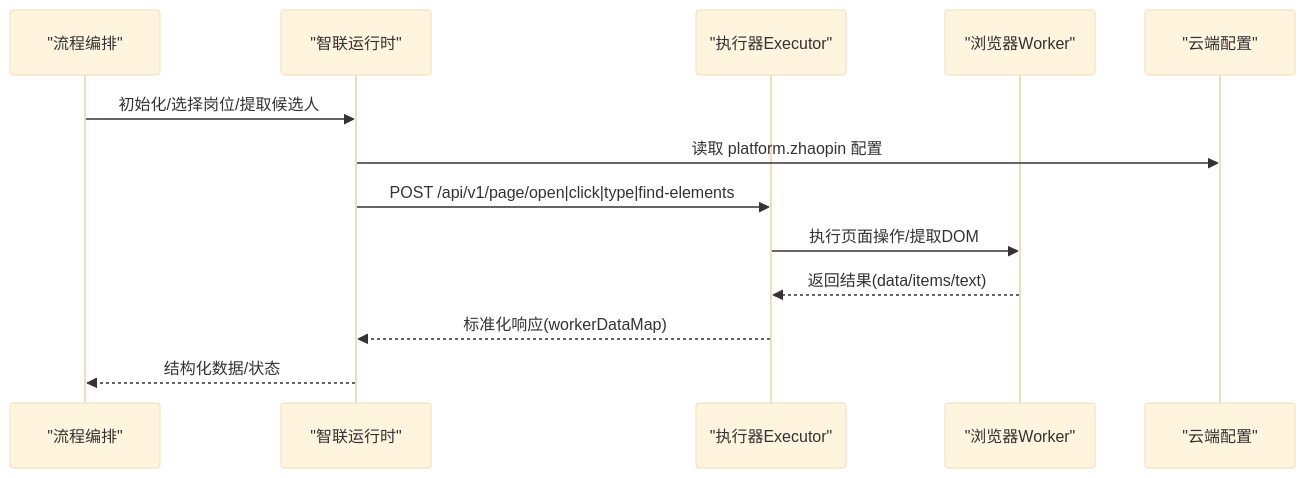
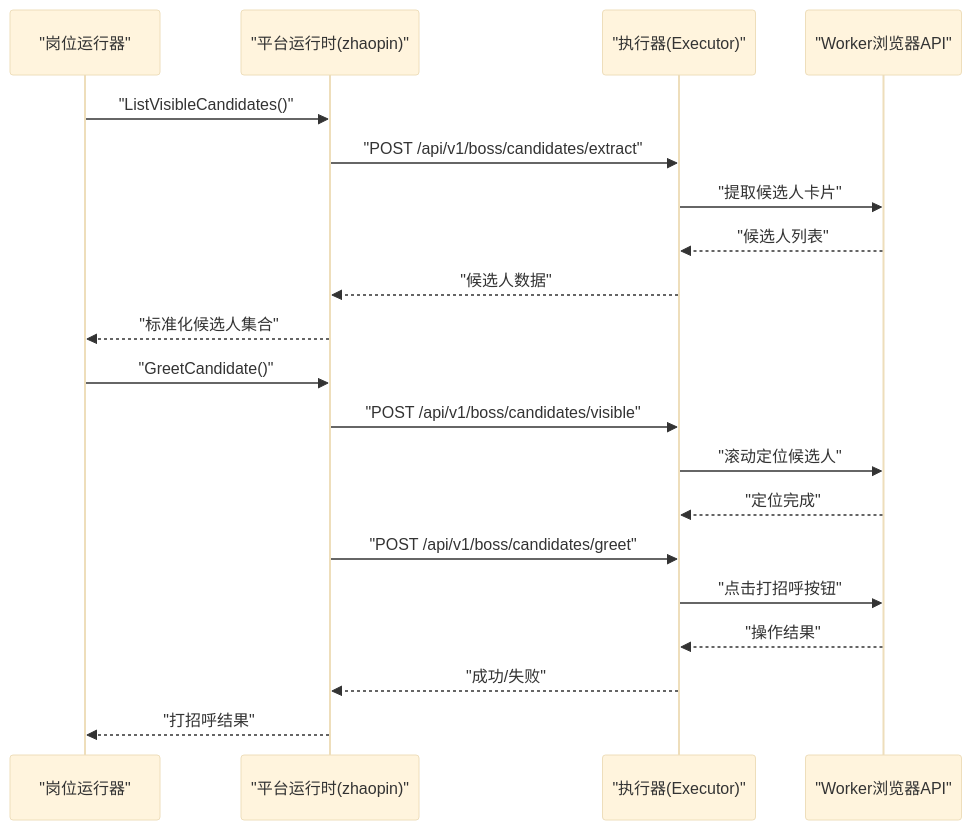
Before and after one commit to alvinwangzi/goodhr: the second of 9 diagrams in .qoder/repowiki/zh/content/本地执行器/平台适配器/前程无忧适配器/前程无忧适配器.md, drawn with Mermaid (base theme). The commit also changed other lines of this file and 149 other files, not shown here.

````diff
--- a/.qoder/repowiki/zh/content/本地执行器/平台适配器/前程无忧适配器/前程无忧适配器.md
+++ b/.qoder/repowiki/zh/content/本地执行器/平台适配器/前程无忧适配器/前程无忧适配器.md
@@ -126,15 +94,22 @@
 ```mermaid
 sequenceDiagram
-participant Runner as "流程编排"
-participant ZR as "智联运行时"
-participant Exec as "执行器Executor"
-participant Worker as "浏览器Worker"
-participant DB as "云端配置"
-Runner->>ZR : 初始化/选择岗位/提取候选人
-ZR->>DB : 读取 platform.zhaopin 配置
-ZR->>Exec : POST /api/v1/page/open|click|type|find-elements
-Exec->>Worker : 执行页面操作/提取DOM
-Worker-->>Exec : 返回结果(data/items/text)
-Exec-->>ZR : 标准化响应(workerDataMap)
-ZR-->>Runner : 结构化数据/状态
+participant Runner as "岗位运行器"
+participant Runtime as "平台运行时(zhaopin)"
+participant Exec as "执行器(Executor)"
+participant Worker as "Worker浏览器API"
+Runner->>Runtime : "ListVisibleCandidates()"
+Runtime->>Exec : "POST /api/v1/boss/candidates/extract"
+Exec->>Worker : "提取候选人卡片"
+Worker-->>Exec : "候选人列表"
+Exec-->>Runtime : "候选人数据"
+Runtime-->>Runner : "标准化候选人集合"
+Runner->>Runtime : "GreetCandidate()"
+Runtime->>Exec : "POST /api/v1/boss/candidates/visible"
+Exec->>Worker : "滚动定位候选人"
+Worker-->>Exec : "定位完成"
+Runtime->>Exec : "POST /api/v1/boss/candidates/greet"
+Exec->>Worker : "点击打招呼按钮"
+Worker-->>Exec : "操作结果"
+Exec-->>Runtime : "成功/失败"
+Runtime-->>Runner : "打招呼结果"
 ```
````
